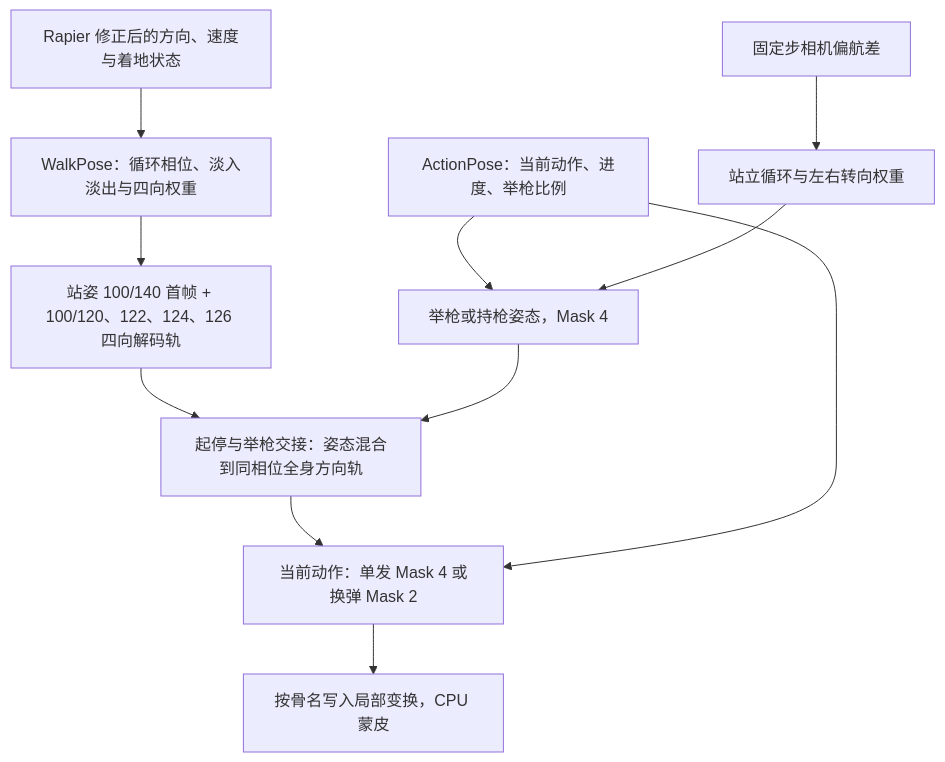
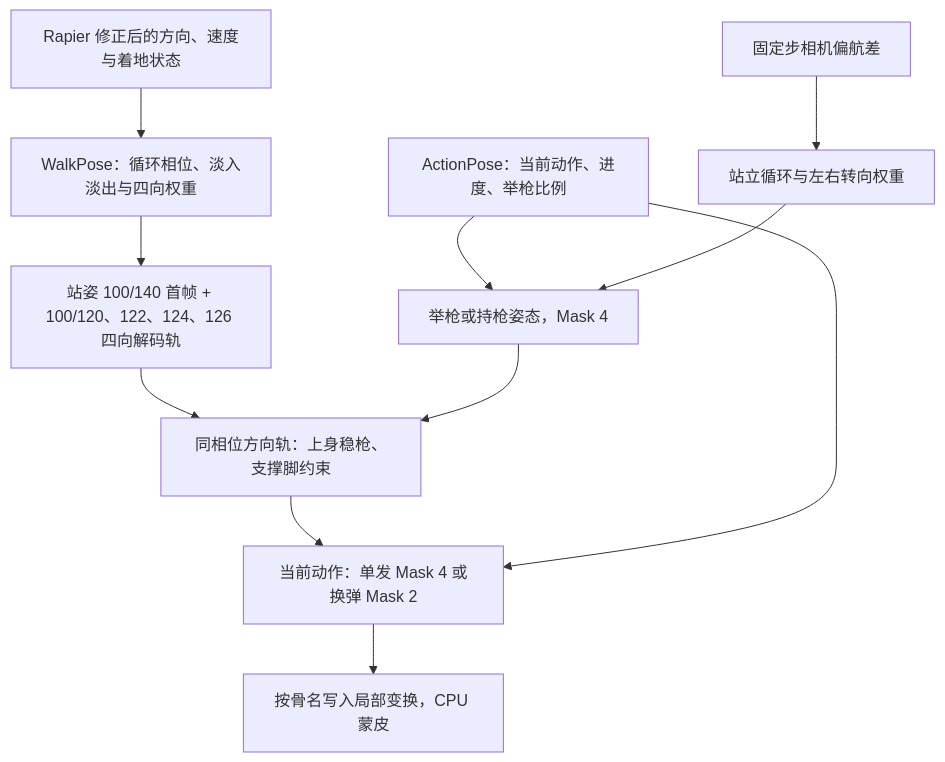
Before and after one commit to archili2035/RE_Research: the second of 2 diagrams in web-3c/TECHNICAL.md, drawn with Mermaid. The commit also changed other lines of this file and 27 other files, not shown here.

````diff
--- a/web-3c/TECHNICAL.md
+++ b/web-3c/TECHNICAL.md
@@ -37,12 +37,12 @@
 ```mermaid
 flowchart TD
   Move["Rapier 修正后的方向、速度与着地状态"] --> Walk["WalkPose：循环相位、淡入淡出与四向权重"]
   Walk --> Base["站姿 100/140 首帧 + 100/120、122、124、126 四向解码轨"]
   State["ActionPose：当前动作、进度、举枪比例"] --> Aim["举枪或持枪姿态，Mask 4"]
   Camera["固定步相机偏航差"] --> AimMotion["站立循环与左右转向权重"] --> Aim
-  Base --> AimedBase["起停与举枪交接：姿态混合到同相位全身方向轨"]
+  Base --> AimedBase["同相位方向轨：上身稳枪、支撑脚约束"]
   Aim --> AimedBase
   AimedBase --> Overlay["当前动作：单发 Mask 4 或换弹 Mask 2"]
   State --> Overlay
   Overlay --> Skin["按骨名写入局部变换，CPU 蒙皮"]
 ```
````
